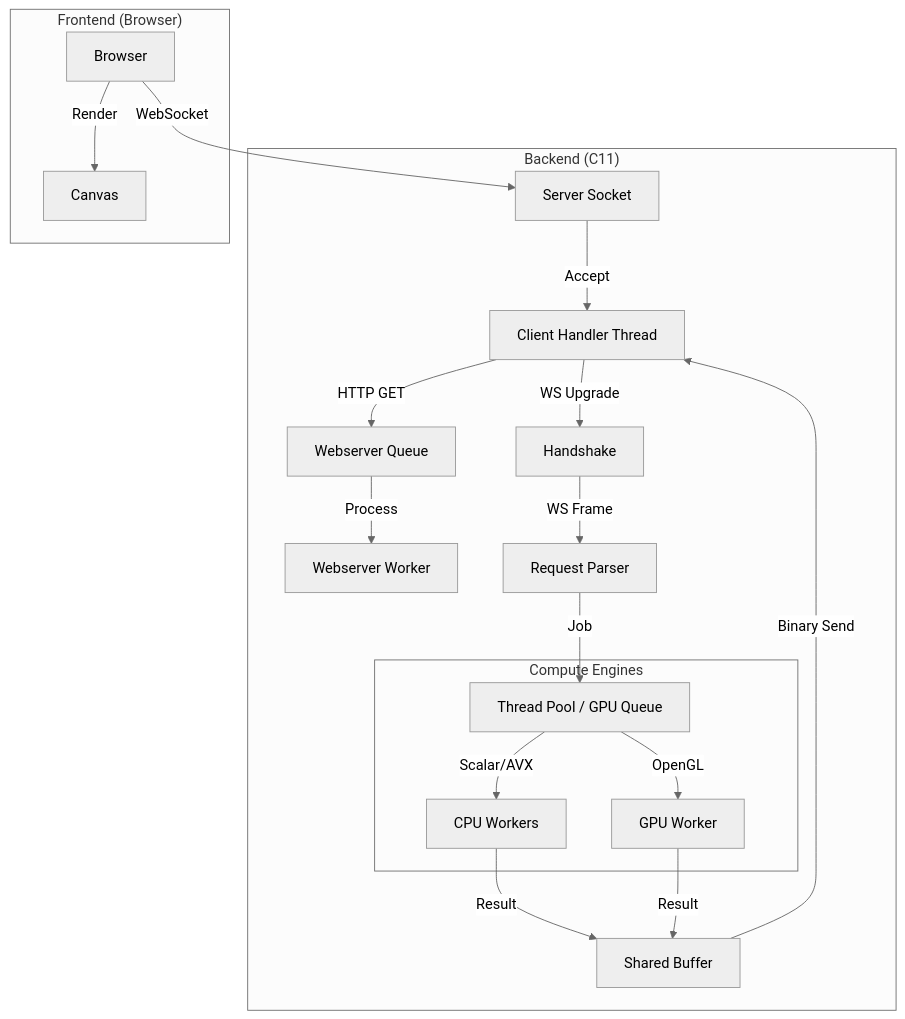
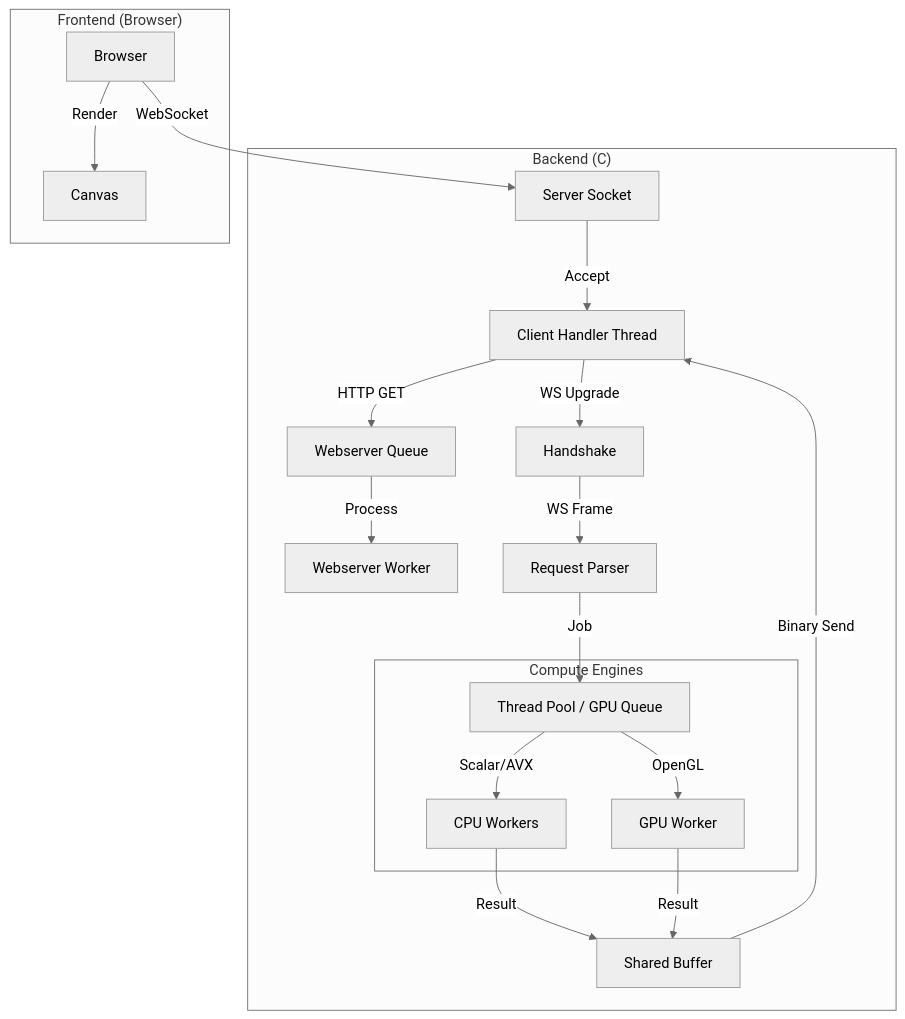
One commit to skipperoo/mandelbrot-explorer changed the diagram in docs.md. Above: the diagram before and after it, drawn with Mermaid (neutral theme). The commit also changed 15 other files, not shown here.

````diff
--- a/docs.md
+++ b/docs.md
@@ -9,25 +9,25 @@
 ```mermaid
 graph TD
-    subgraph "Backend (C11)"
+    subgraph "Backend (C)"
        S[Server Socket] -->|Accept| C[Client Handler Thread]
         C -->|HTTP GET| W[Webserver Queue]
         W -->|Process| WS[Webserver Worker]
         C -->|WS Upgrade| H[Handshake]
         H -->|WS Frame| P[Request Parser]
         P -->|Job| TP[Thread Pool / GPU Queue]
 
         subgraph "Compute Engines"
             TP -->|Scalar/AVX| CPU[CPU Workers]
             TP -->|OpenGL| GPU[GPU Worker]
         end
 
         CPU -->|Result| B[Shared Buffer]
         GPU -->|Result| B
         B -->|Binary Send| C
     end
 
     subgraph "Frontend (Browser)"
         Browser -->|WebSocket| S
         Browser -->|Render| Canvas
     end
 ```
````
